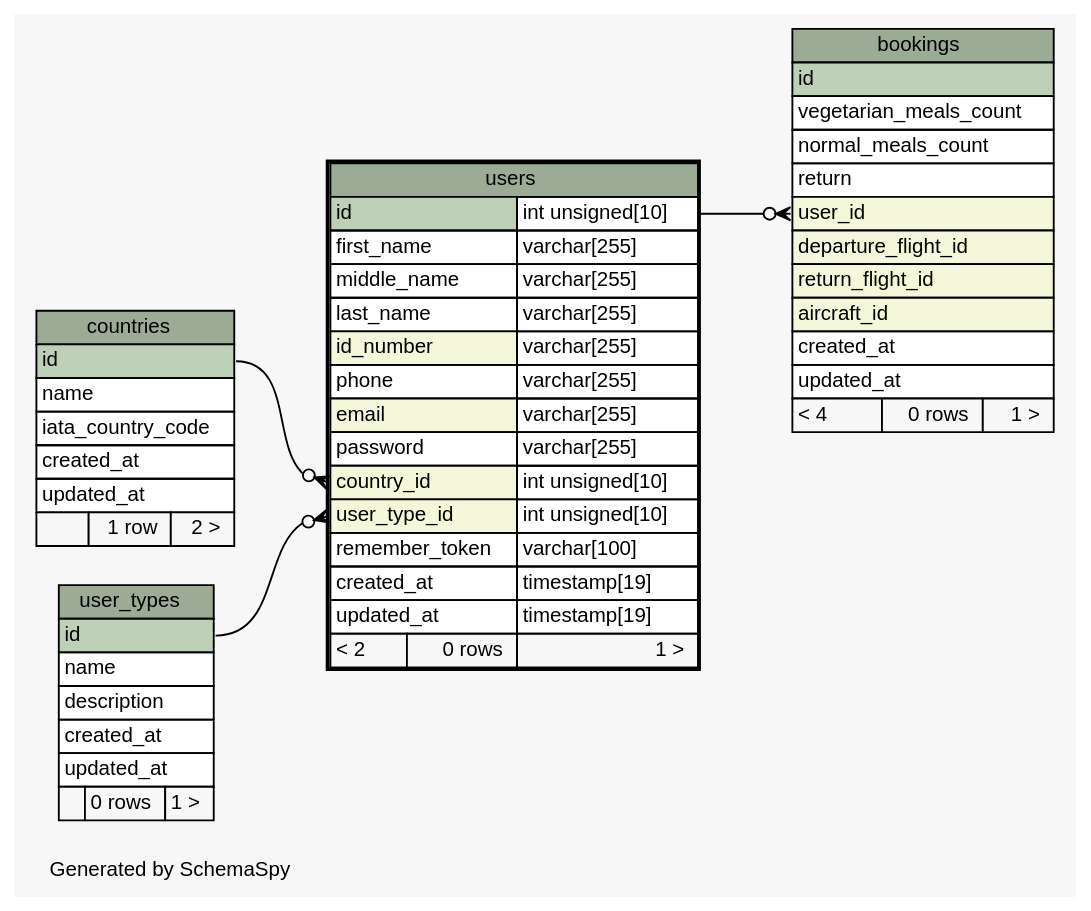
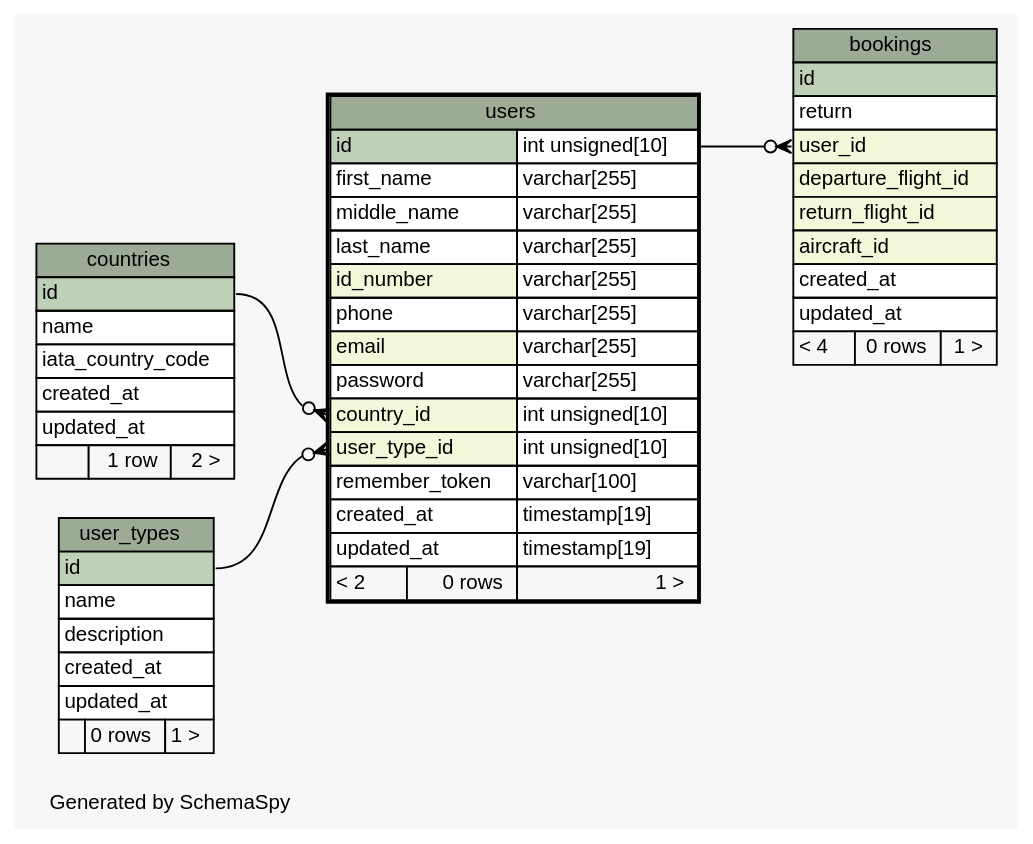
The diagram in web/app/database/schema/diagrams/users.1degree.dot (joaonzangoII/flightbookingsystem), drawn with Graphviz before and after one commit. The commit also changed 149 other files, not shown here.

```diff
--- a/web/app/database/schema/diagrams/users.1degree.dot
+++ b/web/app/database/schema/diagrams/users.1degree.dot
@@ -1,94 +1,92 @@
 // dot 2.38.0 on Linux 4.8.0-46-generic
 // SchemaSpy rev 590
 digraph "oneDegreeRelationshipsDiagram" {
   graph [
     rankdir="RL"
     bgcolor="#f7f7f7"
     label="\nGenerated by SchemaSpy"
     labeljust="l"
     nodesep="0.18"
     ranksep="0.46"
     fontname="Helvetica"
     fontsize="11"
   ];
   node [
     fontname="Helvetica"
     fontsize="11"
     shape="plaintext"
   ];
   edge [
     arrowsize="0.8"
   ];
   "bookings":"user_id":w -> "users":"id.type":e [arrowhead=none dir=back arrowtail=crowodot];
   "users":"country_id":w -> "countries":"id":e [arrowhead=none dir=back arrowtail=crowodot];
   "users":"user_type_id":w -> "user_types":"id":e [arrowhead=none dir=back arrowtail=crowodot];
   "bookings" [
     label=<
     <TABLE BORDER="0" CELLBORDER="1" CELLSPACING="0" BGCOLOR="#ffffff">
       <TR><TD COLSPAN="3" BGCOLOR="#9bab96" ALIGN="CENTER">bookings</TD></TR>
       <TR><TD PORT="id" COLSPAN="3" BGCOLOR="#bed1b8" ALIGN="LEFT">id</TD></TR>
-      <TR><TD PORT="vegetarian_meals_count" COLSPAN="3" ALIGN="LEFT">vegetarian_meals_count</TD></TR>
-      <TR><TD PORT="normal_meals_count" COLSPAN="3" ALIGN="LEFT">normal_meals_count</TD></TR>
       <TR><TD PORT="return" COLSPAN="3" ALIGN="LEFT">return</TD></TR>
       <TR><TD PORT="user_id" COLSPAN="3" BGCOLOR="#f4f7da" ALIGN="LEFT">user_id</TD></TR>
       <TR><TD PORT="departure_flight_id" COLSPAN="3" BGCOLOR="#f4f7da" ALIGN="LEFT">departure_flight_id</TD></TR>
       <TR><TD PORT="return_flight_id" COLSPAN="3" BGCOLOR="#f4f7da" ALIGN="LEFT">return_flight_id</TD></TR>
       <TR><TD PORT="aircraft_id" COLSPAN="3" BGCOLOR="#f4f7da" ALIGN="LEFT">aircraft_id</TD></TR>
       <TR><TD PORT="created_at" COLSPAN="3" ALIGN="LEFT">created_at</TD></TR>
       <TR><TD PORT="updated_at" COLSPAN="3" ALIGN="LEFT">updated_at</TD></TR>
       <TR><TD ALIGN="LEFT" BGCOLOR="#f7f7f7">&lt; 4</TD><TD ALIGN="RIGHT" BGCOLOR="#f7f7f7">0 rows</TD><TD ALIGN="RIGHT" BGCOLOR="#f7f7f7">1 &gt;</TD></TR>
     </TABLE>>
     URL="bookings.html"
     tooltip="bookings"
   ];
   "countries" [
     label=<
     <TABLE BORDER="0" CELLBORDER="1" CELLSPACING="0" BGCOLOR="#ffffff">
       <TR><TD COLSPAN="3" BGCOLOR="#9bab96" ALIGN="CENTER">countries</TD></TR>
       <TR><TD PORT="id" COLSPAN="3" BGCOLOR="#bed1b8" ALIGN="LEFT">id</TD></TR>
       <TR><TD PORT="name" COLSPAN="3" ALIGN="LEFT">name</TD></TR>
       <TR><TD PORT="iata_country_code" COLSPAN="3" ALIGN="LEFT">iata_country_code</TD></TR>
       <TR><TD PORT="created_at" COLSPAN="3" ALIGN="LEFT">created_at</TD></TR>
       <TR><TD PORT="updated_at" COLSPAN="3" ALIGN="LEFT">updated_at</TD></TR>
       <TR><TD ALIGN="LEFT" BGCOLOR="#f7f7f7">  </TD><TD ALIGN="RIGHT" BGCOLOR="#f7f7f7">1 row</TD><TD ALIGN="RIGHT" BGCOLOR="#f7f7f7">2 &gt;</TD></TR>
     </TABLE>>
     URL="countries.html"
     tooltip="countries"
   ];
   "user_types" [
     label=<
     <TABLE BORDER="0" CELLBORDER="1" CELLSPACING="0" BGCOLOR="#ffffff">
       <TR><TD COLSPAN="3" BGCOLOR="#9bab96" ALIGN="CENTER">user_types</TD></TR>
       <TR><TD PORT="id" COLSPAN="3" BGCOLOR="#bed1b8" ALIGN="LEFT">id</TD></TR>
       <TR><TD PORT="name" COLSPAN="3" ALIGN="LEFT">name</TD></TR>
       <TR><TD PORT="description" COLSPAN="3" ALIGN="LEFT">description</TD></TR>
       <TR><TD PORT="created_at" COLSPAN="3" ALIGN="LEFT">created_at</TD></TR>
       <TR><TD PORT="updated_at" COLSPAN="3" ALIGN="LEFT">updated_at</TD></TR>
       <TR><TD ALIGN="LEFT" BGCOLOR="#f7f7f7">  </TD><TD ALIGN="RIGHT" BGCOLOR="#f7f7f7">0 rows</TD><TD ALIGN="RIGHT" BGCOLOR="#f7f7f7">1 &gt;</TD></TR>
     </TABLE>>
     URL="user_types.html"
     tooltip="user_types"
   ];
   "users" [
     label=<
     <TABLE BORDER="2" CELLBORDER="1" CELLSPACING="0" BGCOLOR="#ffffff">
       <TR><TD COLSPAN="3" BGCOLOR="#9bab96" ALIGN="CENTER">users</TD></TR>
       <TR><TD PORT="id" COLSPAN="2" BGCOLOR="#bed1b8" ALIGN="LEFT">id</TD><TD PORT="id.type" ALIGN="LEFT">int unsigned[10]</TD></TR>
       <TR><TD PORT="first_name" COLSPAN="2" ALIGN="LEFT">first_name</TD><TD PORT="first_name.type" ALIGN="LEFT">varchar[255]</TD></TR>
       <TR><TD PORT="middle_name" COLSPAN="2" ALIGN="LEFT">middle_name</TD><TD PORT="middle_name.type" ALIGN="LEFT">varchar[255]</TD></TR>
       <TR><TD PORT="last_name" COLSPAN="2" ALIGN="LEFT">last_name</TD><TD PORT="last_name.type" ALIGN="LEFT">varchar[255]</TD></TR>
       <TR><TD PORT="id_number" COLSPAN="2" BGCOLOR="#f4f7da" ALIGN="LEFT">id_number</TD><TD PORT="id_number.type" ALIGN="LEFT">varchar[255]</TD></TR>
       <TR><TD PORT="phone" COLSPAN="2" ALIGN="LEFT">phone</TD><TD PORT="phone.type" ALIGN="LEFT">varchar[255]</TD></TR>
       <TR><TD PORT="email" COLSPAN="2" BGCOLOR="#f4f7da" ALIGN="LEFT">email</TD><TD PORT="email.type" ALIGN="LEFT">varchar[255]</TD></TR>
       <TR><TD PORT="password" COLSPAN="2" ALIGN="LEFT">password</TD><TD PORT="password.type" ALIGN="LEFT">varchar[255]</TD></TR>
       <TR><TD PORT="country_id" COLSPAN="2" BGCOLOR="#f4f7da" ALIGN="LEFT">country_id</TD><TD PORT="country_id.type" ALIGN="LEFT">int unsigned[10]</TD></TR>
       <TR><TD PORT="user_type_id" COLSPAN="2" BGCOLOR="#f4f7da" ALIGN="LEFT">user_type_id</TD><TD PORT="user_type_id.type" ALIGN="LEFT">int unsigned[10]</TD></TR>
       <TR><TD PORT="remember_token" COLSPAN="2" ALIGN="LEFT">remember_token</TD><TD PORT="remember_token.type" ALIGN="LEFT">varchar[100]</TD></TR>
       <TR><TD PORT="created_at" COLSPAN="2" ALIGN="LEFT">created_at</TD><TD PORT="created_at.type" ALIGN="LEFT">timestamp[19]</TD></TR>
       <TR><TD PORT="updated_at" COLSPAN="2" ALIGN="LEFT">updated_at</TD><TD PORT="updated_at.type" ALIGN="LEFT">timestamp[19]</TD></TR>
       <TR><TD ALIGN="LEFT" BGCOLOR="#f7f7f7">&lt; 2</TD><TD ALIGN="RIGHT" BGCOLOR="#f7f7f7">0 rows</TD><TD ALIGN="RIGHT" BGCOLOR="#f7f7f7">1 &gt;</TD></TR>
     </TABLE>>
     URL="users.html"
     tooltip="users"
   ];
 }
```
